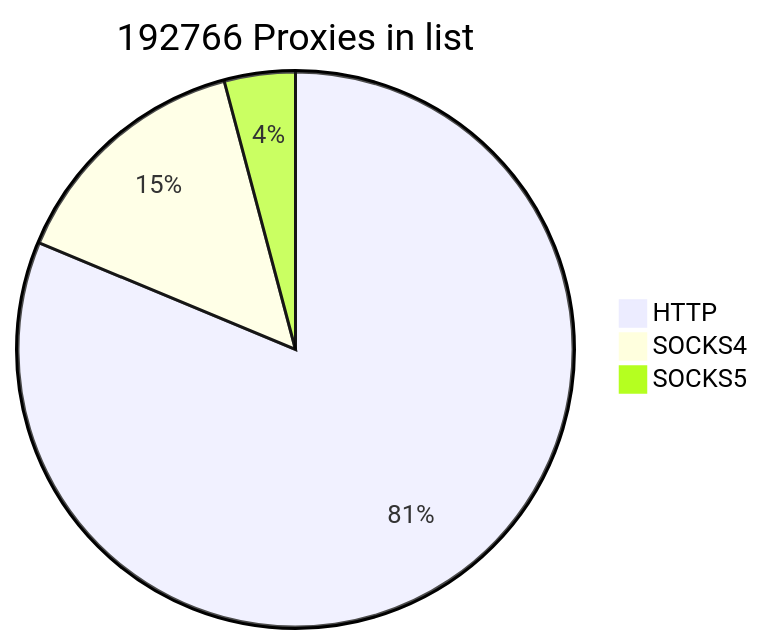
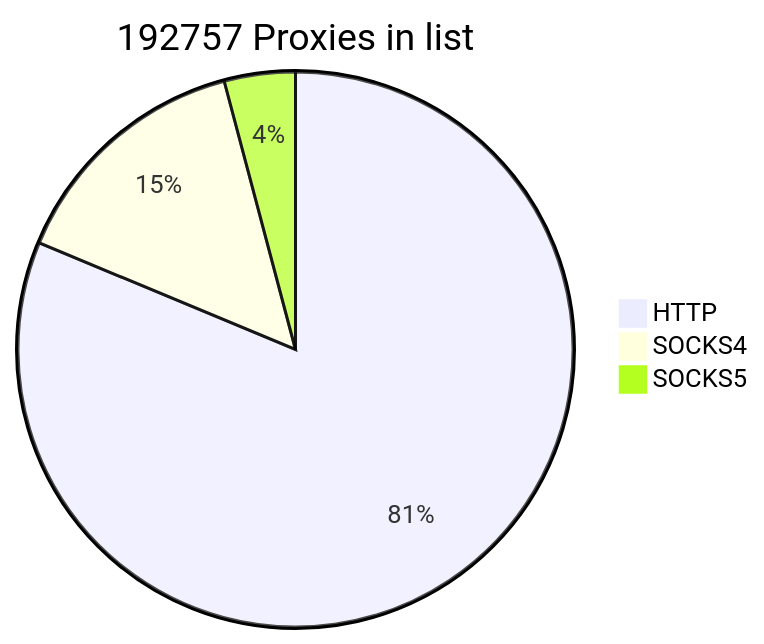
One commit to cutipu/proxylist changed the first of 2 diagrams in README.md. Above: the diagram before and after it, drawn with Mermaid. The commit also changed other lines of this file, not shown here.

````diff
--- a/README.md
+++ b/README.md
@@ -2,7 +2,7 @@
 ```mermaid
-pie title 192766 Proxies in list
-    "HTTP" : 156676
-    "SOCKS4" : 28128
-    "SOCKS5" : 7962
+pie title 192757 Proxies in list
+    "HTTP" : 156672
+    "SOCKS4" : 28122
+    "SOCKS5" : 7963
             
 ```
````
